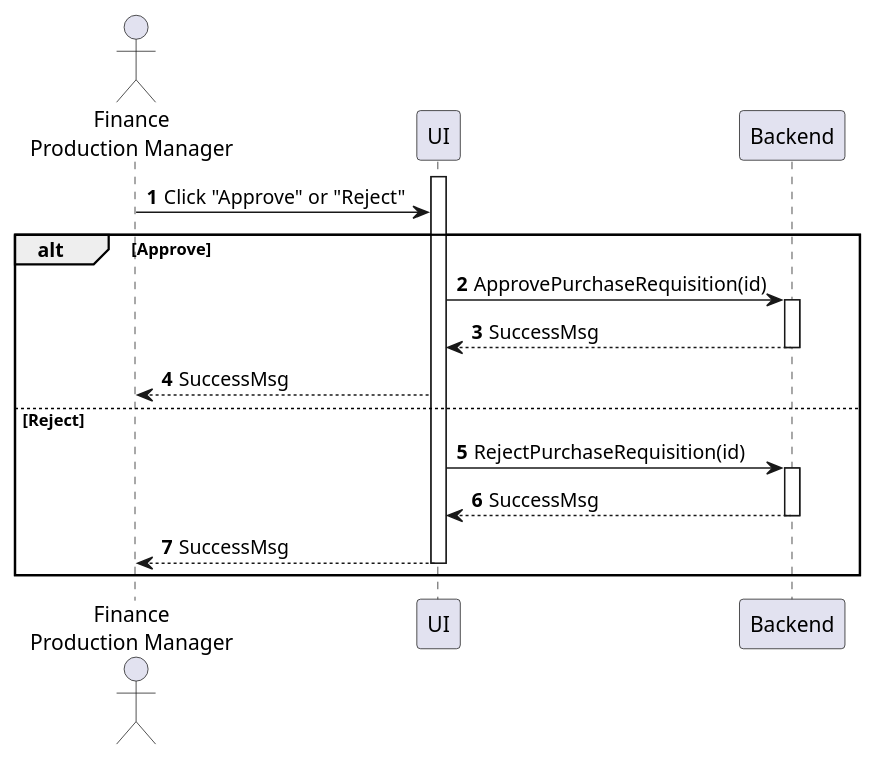
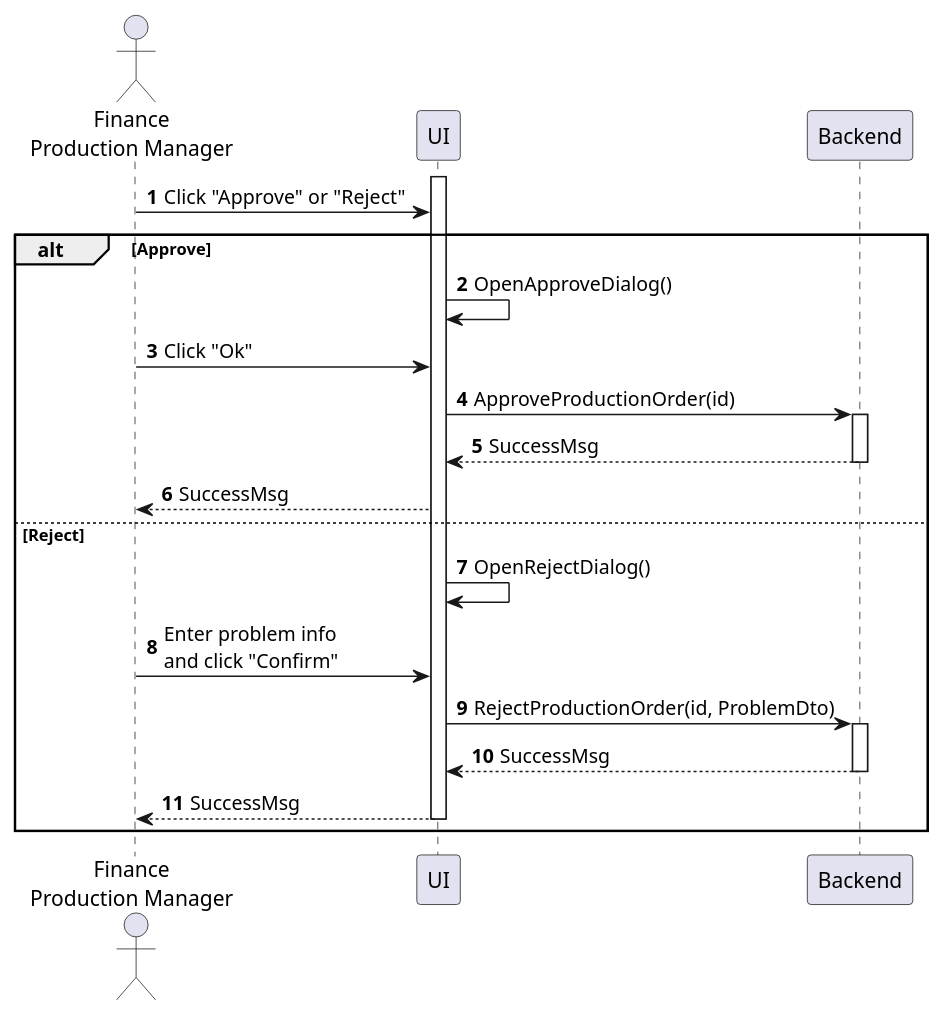
The diagram in sequences/purchase-requisition-approve.plantuml (phihungha/scmss-reqs), drawn with PlantUML before and after one commit. The commit also changed 7 other files, not shown here.

```diff
--- a/sequences/purchase-requisition-approve.plantuml
+++ b/sequences/purchase-requisition-approve.plantuml
@@ -1,24 +1,28 @@
 @startuml purchase-requisition-approve
 autonumber
 
 actor "Finance\nProduction Manager" as a
 participant UI as f
 participant Backend as b
 
 activate f
 a -> f : Click "Approve" or "Reject"
 
 alt Approve
-    f -> b : ApprovePurchaseRequisition(id)
+    f -> f : OpenApproveDialog()
+    a -> f : Click "Ok"
+    f -> b : ApproveProductionOrder(id)
     activate b
     b --> f : SuccessMsg
     deactivate b
     f --> a : SuccessMsg
 else Reject
-    f -> b : RejectPurchaseRequisition(id)
+    f -> f : OpenRejectDialog()
+    a -> f : Enter problem info\nand click "Confirm"
+    f -> b : RejectProductionOrder(id, ProblemDto)
     activate b
     return SuccessMsg
     f --> a : SuccessMsg
     deactivate f
 end
 @enduml
```
